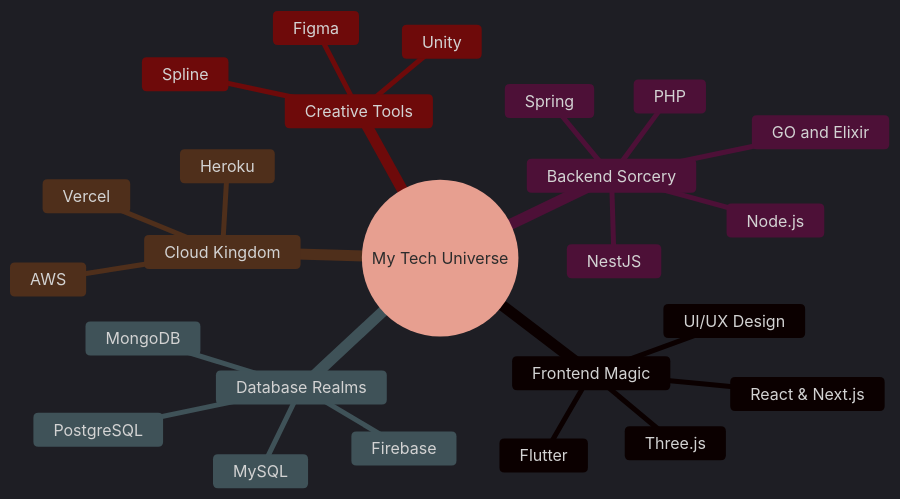
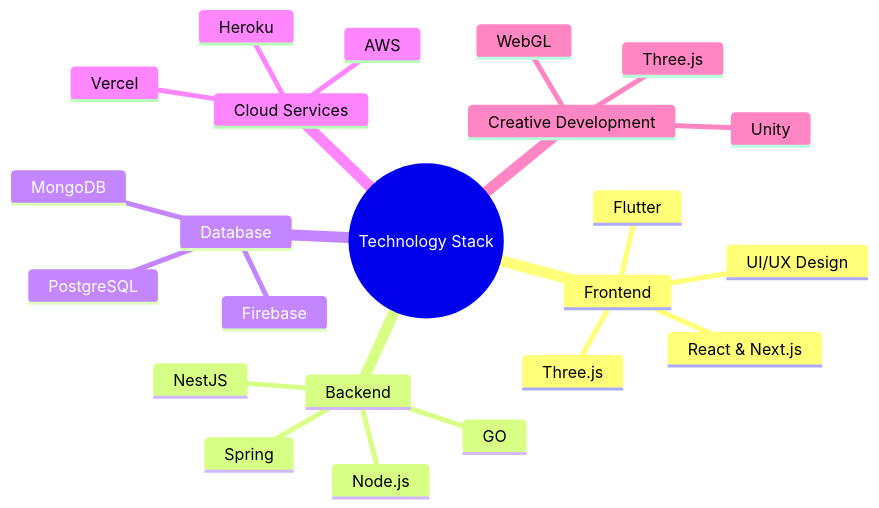
The diagram in README.md (aminofabian/aminofabian-app), drawn with Mermaid before and after one commit. The commit also changed other lines of this file, not shown here.

````diff
--- a/README.md
+++ b/README.md
@@ -58,29 +43,26 @@
 ```mermaid
-%%{init: {'theme': 'dark', 'themeVariables': { 'primaryColor': '#0288f3', 'secondaryColor': '#d5573c', 'tertiaryColor': '#6d2431', 'mainBkg': '#676a83', 'nodeBkg': '#653545'}}}%%
 mindmap
-  root((My Tech Universe))
-    Frontend Magic
+  root((Technology Stack))
+    Frontend
       React & Next.js
       Three.js
       Flutter
       UI/UX Design
-    Backend Sorcery
+    Backend
       Node.js
       NestJS
-      GO and Elixir
+      GO
       Spring
-      PHP
-    Database Realms
+    Database
       MongoDB
       PostgreSQL
       Firebase
-      MySQL
-    Cloud Kingdom
+    Cloud Services
       AWS
       Heroku
       Vercel
-    Creative Tools
-      Spline
+    Creative Development
+      Three.js
       Unity
-      Figma
+      WebGL
 ```
````
